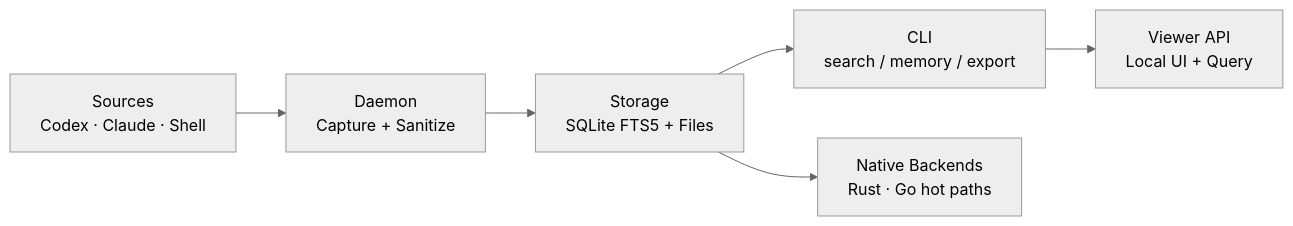
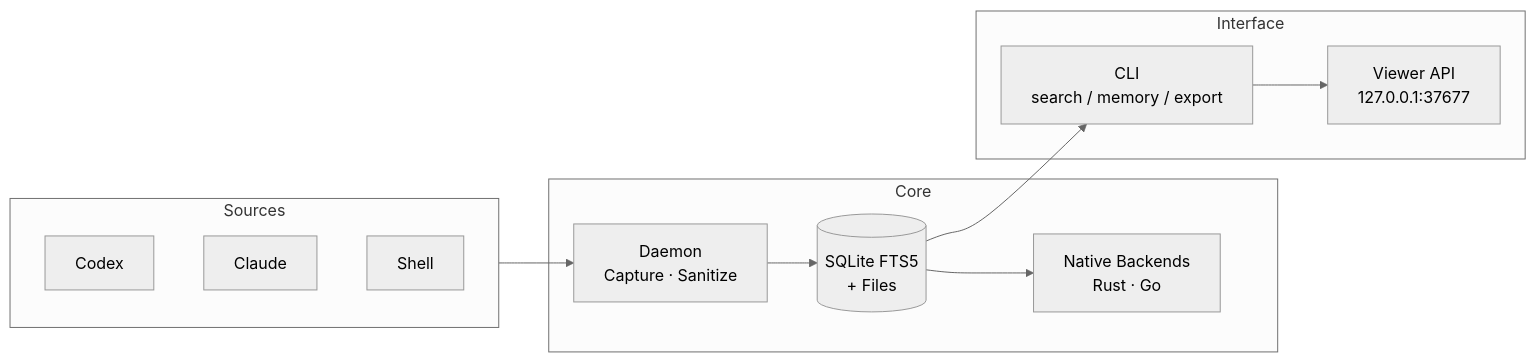
The first of 2 diagrams in README.md (dunova/context-mesh-foundry), drawn with Mermaid (neutral theme) before and after one commit. The commit also changed other lines of this file and 36 other files, not shown here.

````diff
--- a/README.md
+++ b/README.md
@@ -57,8 +49,25 @@
 ```mermaid
 flowchart LR
-    A["Sources\nCodex · Claude · Shell"] --> B["Daemon\nCapture + Sanitize"]
-    B --> C["Storage\nSQLite FTS5 + Files"]
-    C --> D["CLI\nsearch / memory / export"]
-    C --> F["Native Backends\nRust · Go hot paths"]
-    D --> E["Viewer API\nLocal UI + Query"]
+    subgraph Sources
+        A1[Codex]
+        A2[Claude]
+        A3[Shell]
+    end
+
+    subgraph Core
+        B[Daemon\nCapture · Sanitize]
+        C[(SQLite FTS5\n+ Files)]
+        F[Native Backends\nRust · Go]
+    end
+
+    subgraph Interface
+        D[CLI\nsearch / memory / export]
+        E[Viewer API\n127.0.0.1:37677]
+    end
+
+    Sources --> B
+    B --> C
+    C --> F
+    C --> D
+    D --> E
 ```
````
